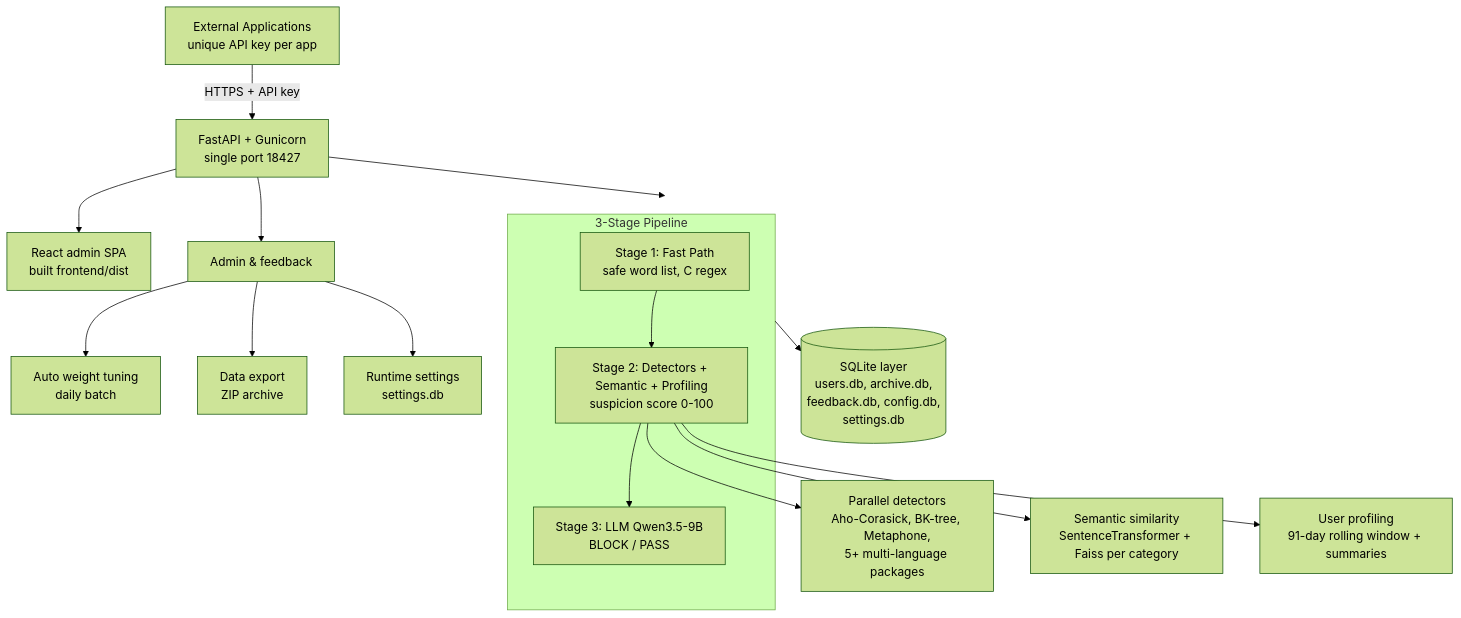
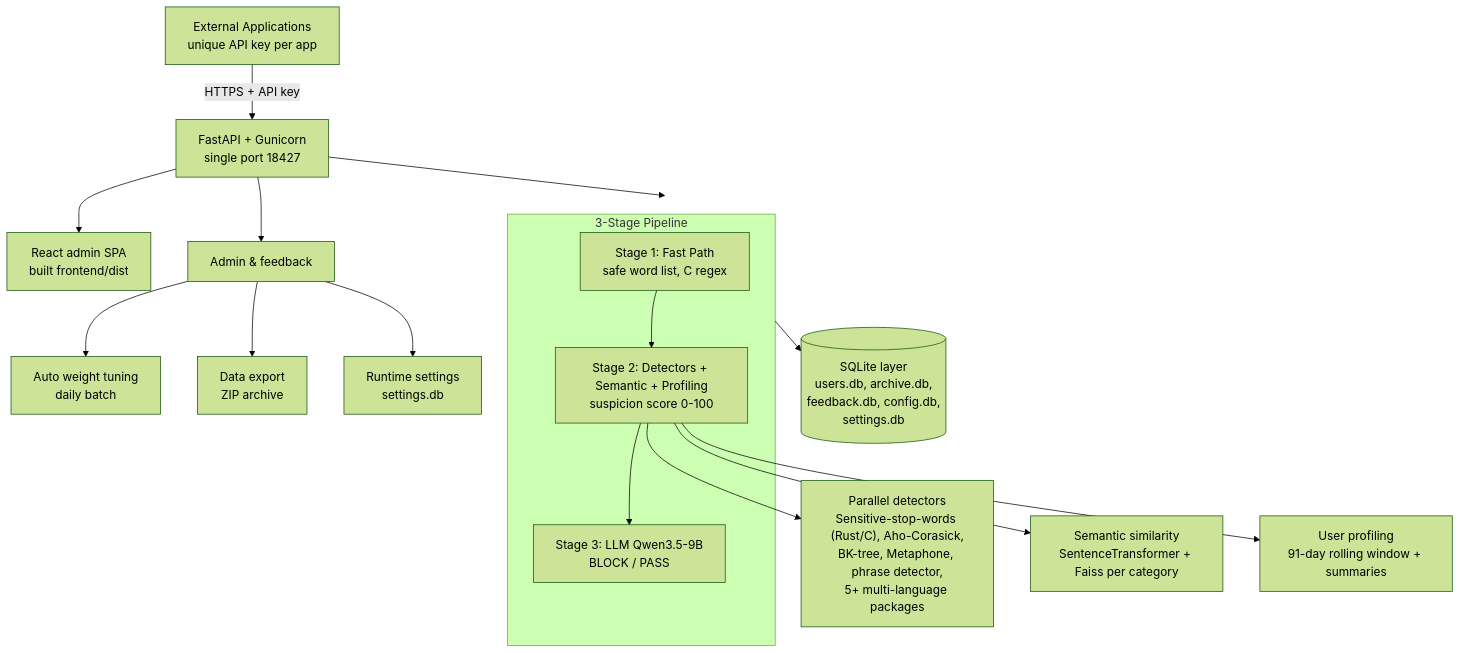
Before and after one commit to biszdevelopers/general-moderation: the second of 2 diagrams in docs/architecture/index.md, drawn with Mermaid (forest theme).

Commit message:
[DOCS] Name the sensitive and phrase detectors in the architecture diagram

````diff
--- a/docs/architecture/index.md
+++ b/docs/architecture/index.md
@@ -40,24 +40,24 @@
 ```mermaid
 flowchart TD
     Apps[External Applications<br/>unique API key per app] -->|HTTPS + API key| API[FastAPI + Gunicorn<br/>single port 18427]
     API --> SPA[React admin SPA<br/>built frontend/dist]
     API --> PIPE[3-Stage Detection Pipeline]
 
     subgraph PIPE[3-Stage Pipeline]
         S1[Stage 1: Fast Path<br/>safe word list, C regex]
         S2[Stage 2: Detectors + Semantic + Profiling<br/>suspicion score 0-100]
         S3[Stage 3: LLM Qwen3.5-9B<br/>BLOCK / PASS]
         S1 --> S2 --> S3
     end
 
-    S2 --> DET[Parallel detectors<br/>Aho-Corasick, BK-tree, Metaphone,<br/>5+ multi-language packages]
+    S2 --> DET["Parallel detectors<br/>Sensitive-stop-words (Rust/C), Aho-Corasick,<br/>BK-tree, Metaphone, phrase detector,<br/>5+ multi-language packages"]
     S2 --> SEM[Semantic similarity<br/>SentenceTransformer + Faiss per category]
     S2 --> PRO[User profiling<br/>91-day rolling window + summaries]
 
     API --> ADM[Admin & feedback]
     ADM --> TUNE[Auto weight tuning<br/>daily batch]
     ADM --> EXP[Data export<br/>ZIP archive]
     ADM --> SET[Runtime settings<br/>settings.db]
 
     PIPE --> DATA[(SQLite layer<br/>users.db, archive.db,<br/>feedback.db, config.db,<br/>settings.db)]
 ```
````
